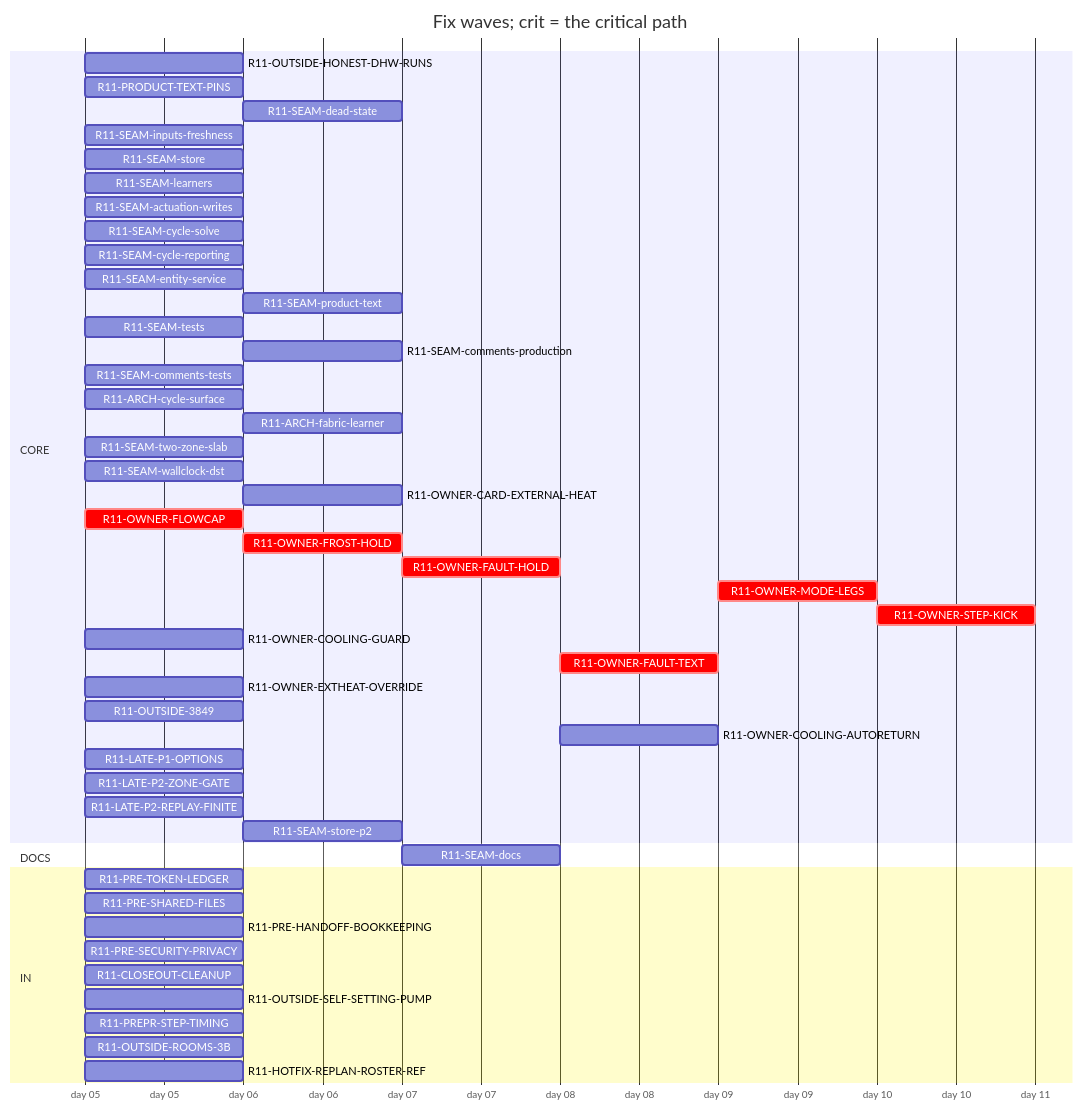
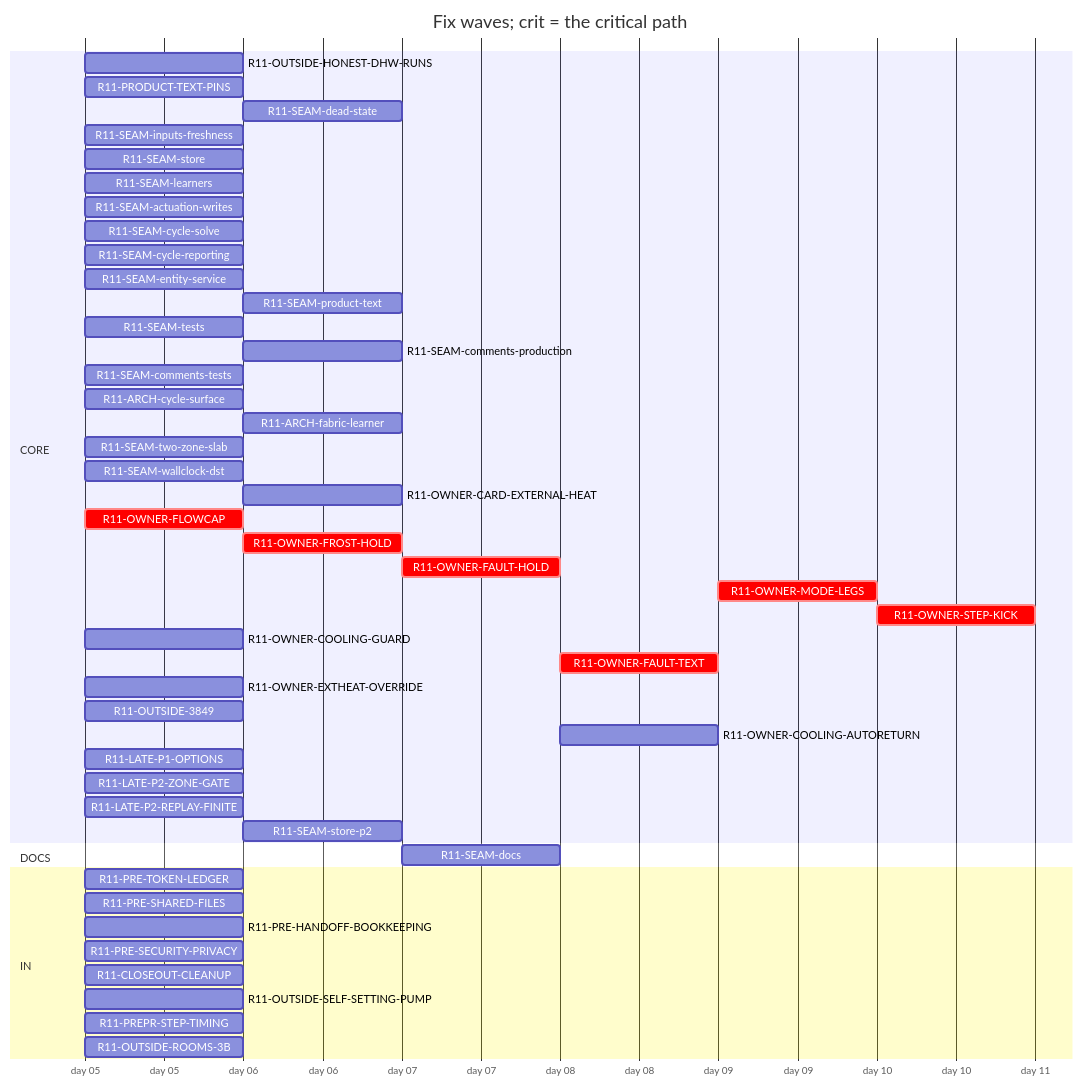
One commit to tvofi/heatpump_optimizer changed the diagram in handoff/round11/state/PLAN-TABLE.md. Above: the diagram before and after it, drawn with Mermaid. The commit also changed other lines of this file and 4 other files, not shown here.

Commit message:
state: FLOW-BOARD.md, NEXT-SESSION-PROMPT.md, PLAN-TABLE.md, PLAN.html, RESUME-CURRENT.md regenerated (state_docs.py)

````diff
--- a/handoff/round11/state/PLAN-TABLE.md
+++ b/handoff/round11/state/PLAN-TABLE.md
@@ -16,52 +16,51 @@
 ```mermaid
 gantt
   title Fix waves; crit = the critical path
   dateFormat YYYY-MM-DD
   axisFormat day %d
   section CORE
     R11-OUTSIDE-HONEST-DHW-RUNS :r11OUTSIDEHONESTDHWRUNS, 2026-01-05, 1d
     R11-PRODUCT-TEXT-PINS :r11PRODUCTTEXTPINS, 2026-01-05, 1d
     R11-SEAM-dead-state :r11SEAMdeadstate, after r11SEAMstore, 1d
     R11-SEAM-inputs-freshness :r11SEAMinputsfreshness, 2026-01-05, 1d
     R11-SEAM-store :r11SEAMstore, 2026-01-05, 1d
     R11-SEAM-learners :r11SEAMlearners, 2026-01-05, 1d
     R11-SEAM-actuation-writes :r11SEAMactuationwrites, 2026-01-05, 1d
     R11-SEAM-cycle-solve :r11SEAMcyclesolve, 2026-01-05, 1d
     R11-SEAM-cycle-reporting :r11SEAMcyclereporting, 2026-01-05, 1d
     R11-SEAM-entity-service :r11SEAMentityservice, 2026-01-05, 1d
     R11-SEAM-product-text :r11SEAMproducttext, after r11SEAMactuationwrites r11SEAMentityservice r11SEAMinputsfreshness r11SEAMcyclesolve r11SEAMcyclereporting, 1d
     R11-SEAM-tests :r11SEAMtests, 2026-01-05, 1d
     R11-SEAM-comments-production :r11SEAMcommentsproduction, after r11SEAMactuationwrites r11SEAMentityservice r11SEAMinputsfreshness r11SEAMcyclesolve r11SEAMcyclereporting, 1d
     R11-SEAM-comments-tests :r11SEAMcommentstests, 2026-01-05, 1d
     R11-ARCH-cycle-surface :r11ARCHcyclesurface, 2026-01-05, 1d
     R11-ARCH-fabric-learner :r11ARCHfabriclearner, after r11SEAMlearners, 1d
     R11-SEAM-two-zone-slab :r11SEAMtwozoneslab, 2026-01-05, 1d
     R11-SEAM-wallclock-dst :r11SEAMwallclockdst, 2026-01-05, 1d
     R11-OWNER-CARD-EXTERNAL-HEAT :r11OWNERCARDEXTERNALHEAT, after r11OWNEREXTHEATOVERRIDE, 1d
     R11-OWNER-FLOWCAP :crit, r11OWNERFLOWCAP, 2026-01-05, 1d
     R11-OWNER-FROST-HOLD :crit, r11OWNERFROSTHOLD, after r11OWNERFLOWCAP, 1d
     R11-OWNER-FAULT-HOLD :crit, r11OWNERFAULTHOLD, after r11OWNERFROSTHOLD, 1d
     R11-OWNER-MODE-LEGS :crit, r11OWNERMODELEGS, after r11OWNERFAULTTEXT, 1d
     R11-OWNER-STEP-KICK :crit, r11OWNERSTEPKICK, after r11OWNERMODELEGS, 1d
     R11-OWNER-COOLING-GUARD :r11OWNERCOOLINGGUARD, 2026-01-05, 1d
     R11-OWNER-FAULT-TEXT :crit, r11OWNERFAULTTEXT, after r11OWNERFAULTHOLD, 1d
     R11-OWNER-EXTHEAT-OVERRIDE :r11OWNEREXTHEATOVERRIDE, 2026-01-05, 1d
     R11-OUTSIDE-3849 :r11OUTSIDE3849, 2026-01-05, 1d
     R11-OWNER-COOLING-AUTORETURN :r11OWNERCOOLINGAUTORETURN, after r11OWNERCOOLINGGUARD r11OWNERFAULTHOLD, 1d
     R11-LATE-P1-OPTIONS :r11LATEP1OPTIONS, 2026-01-05, 1d
     R11-LATE-P2-ZONE-GATE :r11LATEP2ZONEGATE, 2026-01-05, 1d
     R11-LATE-P2-REPLAY-FINITE :r11LATEP2REPLAYFINITE, 2026-01-05, 1d
     R11-SEAM-store-p2 :r11SEAMstorep2, after r11SEAMstore, 1d
   section DOCS
     R11-SEAM-docs :r11SEAMdocs, after r11SEAMlearners r11SEAMactuationwrites r11SEAMentityservice r11SEAMinputsfreshness r11SEAMcyclesolve r11SEAMcyclereporting r11SEAMproducttext, 1d
   section IN
     R11-PRE-TOKEN-LEDGER :r11PRETOKENLEDGER, 2026-01-05, 1d
     R11-PRE-SHARED-FILES :r11PRESHAREDFILES, 2026-01-05, 1d
     R11-PRE-HANDOFF-BOOKKEEPING :r11PREHANDOFFBOOKKEEPING, 2026-01-05, 1d
     R11-PRE-SECURITY-PRIVACY :r11PRESECURITYPRIVACY, 2026-01-05, 1d
     R11-CLOSEOUT-CLEANUP :r11CLOSEOUTCLEANUP, 2026-01-05, 1d
     R11-OUTSIDE-SELF-SETTING-PUMP :r11OUTSIDESELFSETTINGPUMP, 2026-01-05, 1d
     R11-PREPR-STEP-TIMING :r11PREPRSTEPTIMING, 2026-01-05, 1d
     R11-OUTSIDE-ROOMS-3B :r11OUTSIDEROOMS3B, 2026-01-05, 1d
-    R11-HOTFIX-REPLAN-ROSTER-REF :r11HOTFIXREPLANROSTERREF, 2026-01-05, 1d
 ```
````
